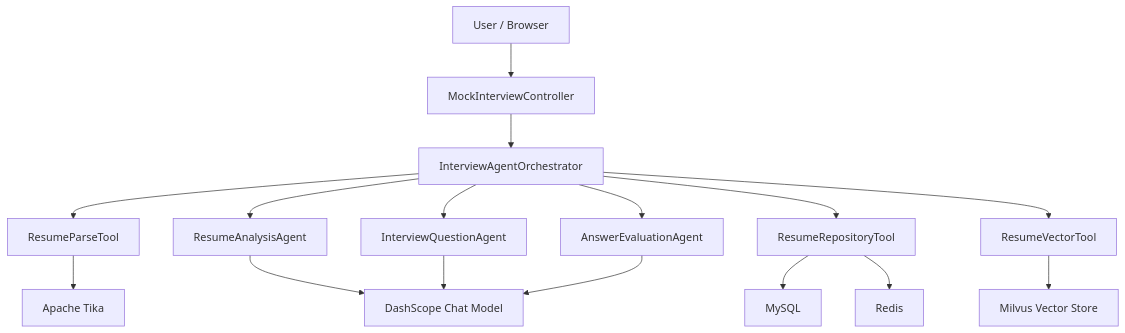
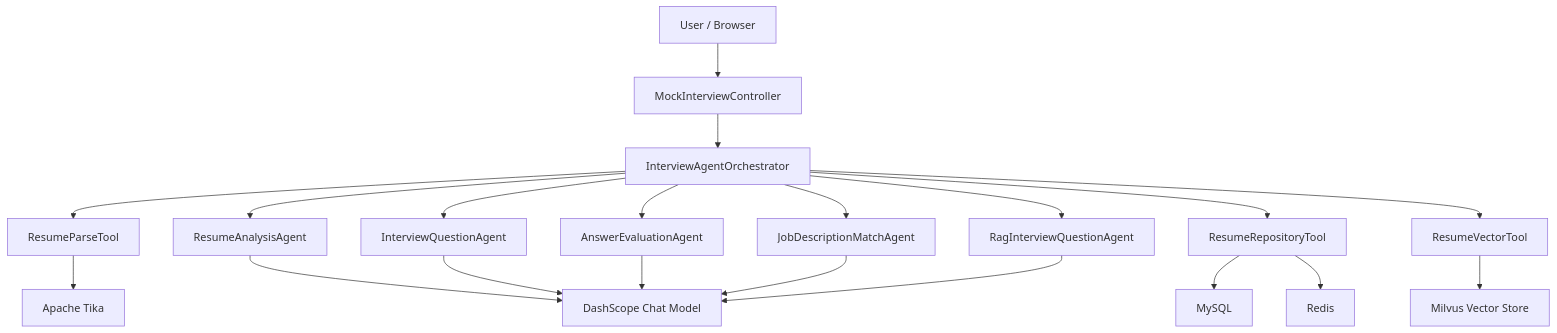
Before and after one commit to xiekunhuang2020/ai-interview-agent: the diagram in docs/architecture.md, drawn with Mermaid. The commit also changed other lines of this file and 13 other files, not shown here.

````diff
--- a/docs/architecture.md
+++ b/docs/architecture.md
@@ -9,21 +9,25 @@
 ```mermaid
 flowchart TD
     U["User / Browser"] --> C["MockInterviewController"]
     C --> O["InterviewAgentOrchestrator"]
 
     O --> T1["ResumeParseTool"]
     O --> A1["ResumeAnalysisAgent"]
     O --> T2["ResumeRepositoryTool"]
     O --> T3["ResumeVectorTool"]
     O --> A2["InterviewQuestionAgent"]
     O --> A3["AnswerEvaluationAgent"]
+    O --> A4["JobDescriptionMatchAgent"]
+    O --> A5["RagInterviewQuestionAgent"]
 
     A1 --> LLM["DashScope Chat Model"]
     A2 --> LLM
     A3 --> LLM
+    A4 --> LLM
+    A5 --> LLM
 
     T1 --> Tika["Apache Tika"]
     T2 --> MySQL["MySQL"]
     T2 --> Redis["Redis"]
     T3 --> Milvus["Milvus Vector Store"]
 ```
````
